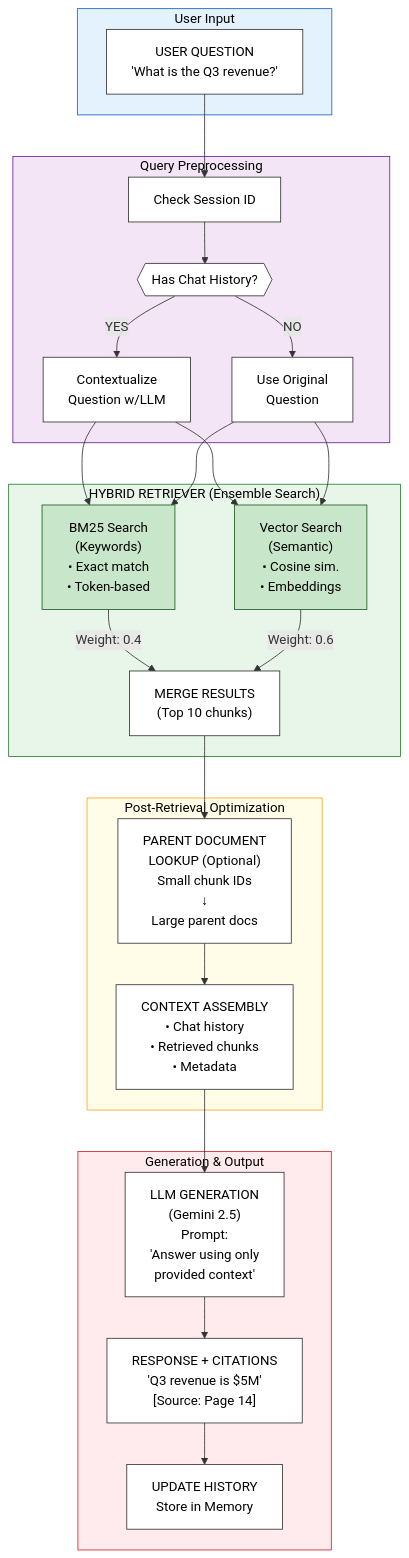
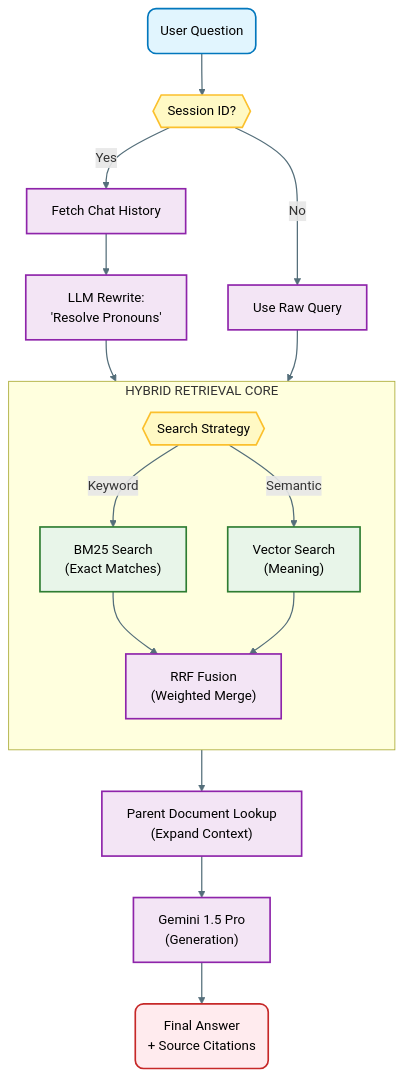
One commit to AbhinavCoder-14/PromptPage changed the second of 3 diagrams in README.md. Above: the diagram before and after it, drawn with Mermaid. The commit also changed other lines of this file, not shown here.

First line of the commit message:
Revise architecture flowcharts in README

````diff
--- a/README.md
+++ b/README.md
@@ -176,60 +181,35 @@
 ```mermaid
 flowchart TD
-    subgraph Input ["User Input"]
-        Question["USER QUESTION\n'What is the Q3 revenue?'"]
+    %% --- STYLES ---
+    classDef start fill:#e1f5fe,stroke:#0277bd,stroke-width:2px,color:#000,rx:10,ry:10
+    classDef decision fill:#fff9c4,stroke:#fbc02d,stroke-width:2px,color:#000,rx:5,ry:5,shape:diamond
+    classDef process fill:#f3e5f5,stroke:#8e24aa,stroke-width:2px,color:#000
+    classDef search fill:#e8f5e9,stroke:#2e7d32,stroke-width:2px,color:#000
+    classDef result fill:#ffebee,stroke:#c62828,stroke-width:2px,color:#000,rx:10,ry:10
+
+    UserQuery("User Question"):::start --> SessionCheck{{"Session ID?"}}:::decision
+
+    SessionCheck -->|Yes| History["Fetch Chat History"]:::process
+    SessionCheck -->|No| RawQuery["Use Raw Query"]:::process
+
+    History --> Contextualize["LLM Rewrite:<br/>'Resolve Pronouns'"]:::process
+    Contextualize --> HybridRouter{{"Search Strategy"}}:::decision
+    RawQuery --> HybridRouter
+
+    subgraph Retrieval [" HYBRID RETRIEVAL CORE "]
+        direction TB
+        HybridRouter -->|Keyword| BM25["BM25 Search<br/>(Exact Matches)"]:::search
+        HybridRouter -->|Semantic| Vector["Vector Search<br/>(Meaning)"]:::search
+        
+        BM25 --> Merger["RRF Fusion<br/>(Weighted Merge)"]:::process
+        Vector --> Merger
     end
 
-    subgraph Preprocessing ["Query Preprocessing"]
-        CheckSession["Check Session ID"]
-        HasHistory{{"Has Chat History?"}}
-        Contextualize["Contextualize\nQuestion w/LLM"]
-        UseOriginal["Use Original\nQuestion"]
-    end
+    Merger --> ParentDoc["Parent Document Lookup<br/>(Expand Context)"]:::process
+    ParentDoc --> LLM["Gemini 1.5 Pro<br/>(Generation)"]:::process
+    
+    LLM --> FinalResponse("Final Answer<br/>+ Source Citations"):::result
 
-    subgraph Retrieval ["HYBRID RETRIEVER (Ensemble Search)"]
-        BM25["BM25 Search\n(Keywords)\n• Exact match\n• Token-based"]
-        VectorSearch["Vector Search\n(Semantic)\n• Cosine sim.\n• Embeddings"]
-        Merge["MERGE RESULTS\n(Top 10 chunks)"]
-    end
-
-    subgraph PostRetrieval ["Post-Retrieval Optimization"]
-        ParentDoc["PARENT DOCUMENT\nLOOKUP (Optional)\nSmall chunk IDs\n↓\nLarge parent docs"]
-        ContextAssembly["CONTEXT ASSEMBLY\n• Chat history\n• Retrieved chunks\n• Metadata"]
-    end
-
-    subgraph Generation ["Generation & Output"]
-        LLM["LLM GENERATION\n(Gemini 2.5)\nPrompt:\n'Answer using only\nprovided context'"]
-        Response["RESPONSE + CITATIONS\n'Q3 revenue is $5M'\n[Source: Page 14]"]
-        UpdateHistory["UPDATE HISTORY\nStore in Memory"]
-    end
-
-    Question --> CheckSession
-    CheckSession --> HasHistory
-    HasHistory -->|YES| Contextualize
-    HasHistory -->|NO| UseOriginal
-    Contextualize --> BM25
-    Contextualize --> VectorSearch
-    UseOriginal --> BM25
-    UseOriginal --> VectorSearch
-
-    BM25 -->|"Weight: 0.4"| Merge
-    VectorSearch -->|"Weight: 0.6"| Merge
-    Merge --> ParentDoc
-    ParentDoc --> ContextAssembly
-    ContextAssembly --> LLM
-    LLM --> Response
-    Response --> UpdateHistory
-
-    %% --- STYLING ---
-    %% 1. Force all unstyled nodes (LLM, Question, etc) to have Black Text & White BG
-    classDef default fill:#fff,stroke:#333,stroke-width:1px,color:#000
-
-    %% 2. Your custom styles with color:#000 added
-    style Input fill:#e3f2fd,stroke:#1565c0,color:#000
-    style Preprocessing fill:#f3e5f5,stroke:#6a1b9a,color:#000
-    style Retrieval fill:#e8f5e9,stroke:#2e7d32,color:#000
-    style PostRetrieval fill:#fffde7,stroke:#f9a825,color:#000
-    style Generation fill:#ffebee,stroke:#c62828,color:#000
-    style BM25 fill:#c8e6c9,stroke:#1b5e20,color:#000
-    style VectorSearch fill:#c8e6c9,stroke:#1b5e20,color:#000
+    %% --- LINK STYLES ---
+    linkStyle default stroke:#546e7a,stroke-width:1.5px
 ```
````
